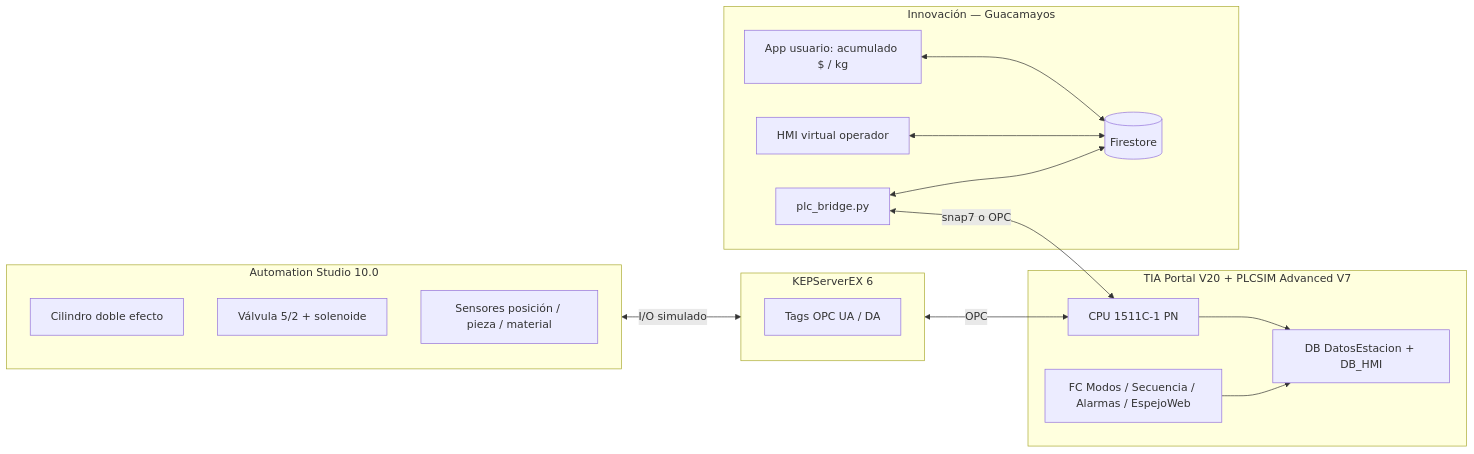
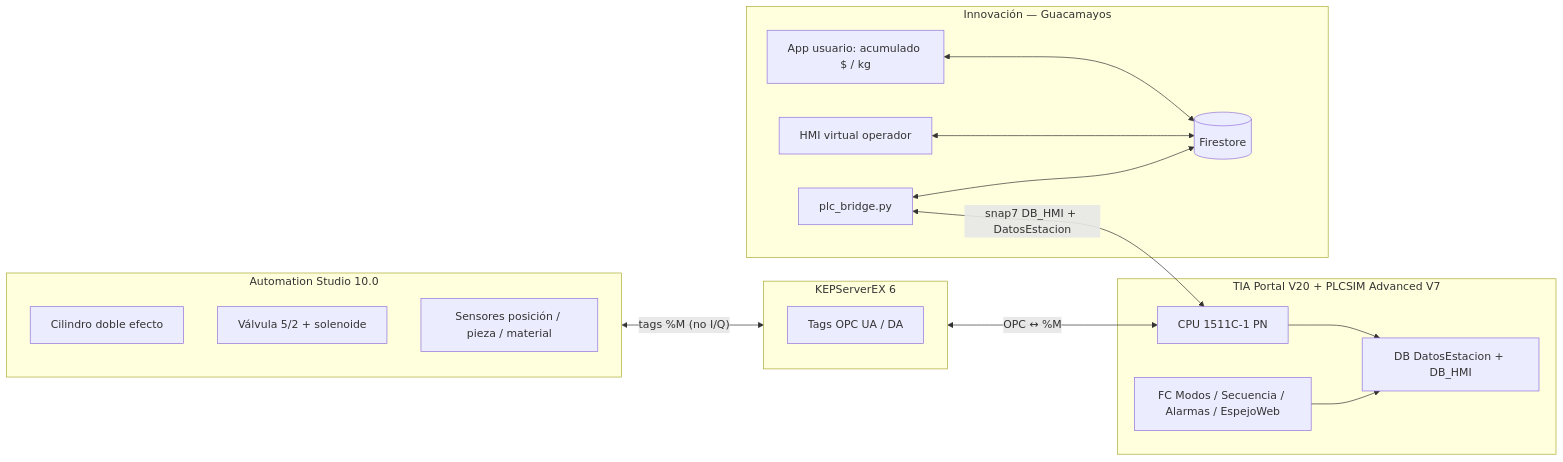
The first of 4 diagrams in docs/10_ARQUITECTURA_FINAL.md (CalehZzz/Guacamayoooos), drawn with Mermaid before and after one commit. The commit also changed other lines of this file and 1 other file, not shown here.

Commit message:
Tags AS/KEPServer en %M; quitar dependencia de I/Q

````diff
--- a/docs/10_ARQUITECTURA_FINAL.md
+++ b/docs/10_ARQUITECTURA_FINAL.md
@@ -21,34 +21,34 @@
 ```mermaid
 flowchart LR
   subgraph AS["Automation Studio 10.0"]
     CIL["Cilindro doble efecto"]
     V52["Válvula 5/2 + solenoide"]
     SEN["Sensores posición / pieza / material"]
   end
 
   subgraph KEP["KEPServerEX 6"]
     OPC["Tags OPC UA / DA"]
   end
 
   subgraph TIA["TIA Portal V20 + PLCSIM Advanced V7"]
     CPU["CPU 1511C-1 PN"]
     DB["DB DatosEstacion + DB_HMI"]
     LOG["FC Modos / Secuencia / Alarmas / EspejoWeb"]
   end
 
   subgraph WEB["Innovación — Guacamayos"]
     HMIW["HMI virtual operador"]
     USER["App usuario: acumulado $ / kg"]
     FS[(Firestore)]
     BR["plc_bridge.py"]
   end
 
-  AS <-->|"I/O simulado"| KEP
-  KEP <-->|"OPC"| CPU
+  AS <-->|"tags %M (no I/Q)"| KEP
+  KEP <-->|"OPC ↔ %M"| CPU
   LOG --> DB
   CPU --> DB
-  BR <-->|"snap7 o OPC"| CPU
+  BR <-->|"snap7 DB_HMI + DatosEstacion"| CPU
   BR <--> FS
   HMIW <--> FS
   USER <--> FS
 ```
````
